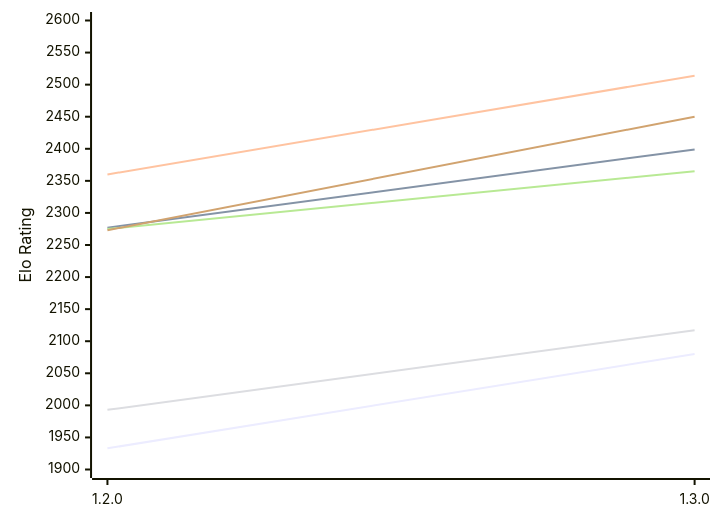
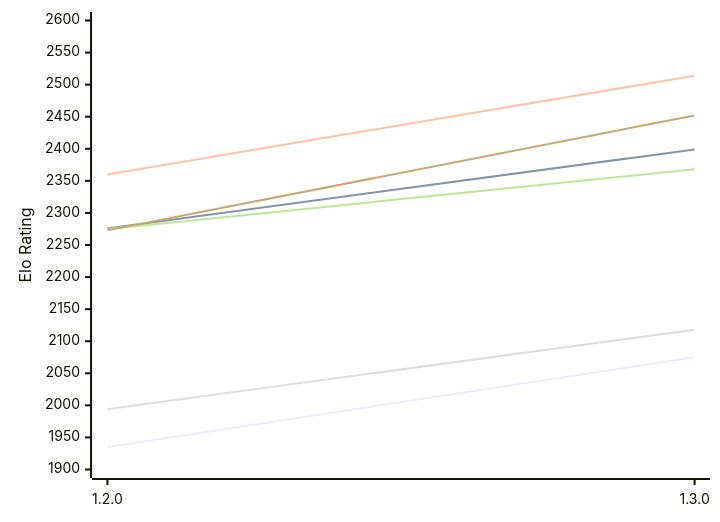
One commit to computer-chess-index/cci changed the first of 2 diagrams in engines/Anodos.md. Above: the diagram before and after it, drawn with Mermaid. The commit also changed other lines of this file, not shown here.

Commit message:
Update CCI Ratings (ELO VLTC) - 2026-11-27

````diff
--- a/engines/Anodos.md
+++ b/engines/Anodos.md
@@ -52,12 +52,12 @@
 ```mermaid
 %%{init: {"theme":"base","themeVariables":{"seriesColors:['#a3a3a3','#222221','#faa371']}}}%%
 xychart-beta
   x-axis ["1.2.0", "1.3.0"]
   y-axis "Elo Rating" 1900 --> 2600
-  line "E1: STC (8.0+0.08s)" [1933, 2080]
-  line "E1: LTC (60.0+0.60s)" [2277, 2399]
+  line "E1: STC (8.0+0.08s)" [1935, 2075]
+  line "E1: LTC (60.0+0.60s)" [2276, 2399]
   line "E1: VLTC (2m24s+1.12s)" [2360, 2514]
-  line "P1: STC (8.0+0.08s)" [1993, 2117]
-  line "P1: LTC (60.0+0.60s)" [2275, 2365]
-  line "P1: VLTC (2m24s+1.12s)" [2273, 2450]
+  line "P1: STC (8.0+0.08s)" [1994, 2118]
+  line "P1: LTC (60.0+0.60s)" [2275, 2368]
+  line "P1: VLTC (2m24s+1.12s)" [2273, 2452]
 ```
````
